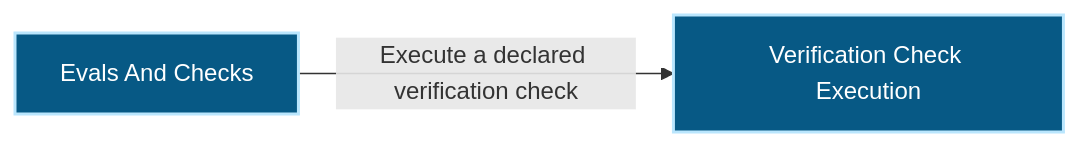
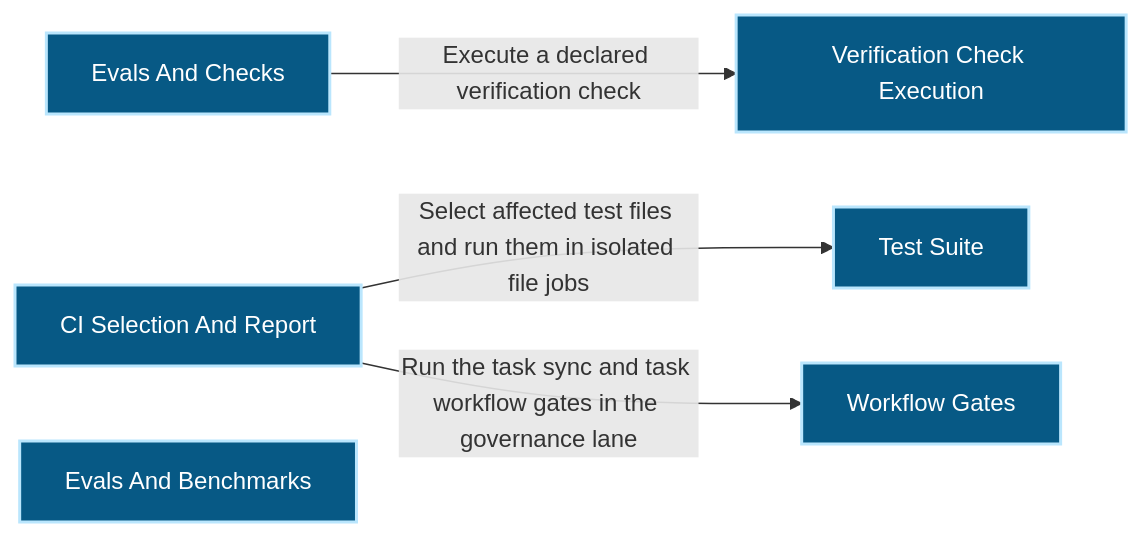
One commit to Ancienttwo/repo-harness changed the first of 2 diagrams in docs/architecture/modules/verification/evals-checks.md. Above: the diagram before and after it, drawn with Mermaid. The commit also changed other lines of this file and 25 other files, not shown here.

First line of the commit message:
arch(verification): split evals-checks and add acceptance-review

````diff
--- a/docs/architecture/modules/verification/evals-checks.md
+++ b/docs/architecture/modules/verification/evals-checks.md
@@ -15,10 +15,16 @@
 ```mermaid
 flowchart LR
   p1_capability_verification_evals_checks_82b2358d["Evals And Checks"]:::component
+  p1_component_evals_checks_ci_selection_1676883f["CI Selection And Report"]:::component
+  p1_component_evals_checks_evals_and_benchmarks_d3fc3d88["Evals And Benchmarks"]:::component
   p1_component_evals_checks_primary_dcf800ce["Verification Check Execution"]:::component
+  p1_component_evals_checks_test_suite_c0118bc1["Test Suite"]:::component
+  p1_component_evals_checks_workflow_gates_ac14cbe4["Workflow Gates"]:::component
+  p1_component_evals_checks_ci_selection_1676883f -->|"Select affected test files and run them in isolated file jobs"| p1_component_evals_checks_test_suite_c0118bc1
+  p1_component_evals_checks_ci_selection_1676883f -->|"Run the task sync and task workflow gates in the governance lane"| p1_component_evals_checks_workflow_gates_ac14cbe4
   p1_capability_verification_evals_checks_82b2358d -->|"Execute a declared verification check"| p1_component_evals_checks_primary_dcf800ce
   classDef actor fill:#111827,color:#ffffff,stroke:#f9fafb,stroke-width:2px
   classDef component fill:#075985,color:#ffffff,stroke:#bae6fd,stroke-width:2px
   classDef datastore fill:#3f6212,color:#ffffff,stroke:#d9f99d,stroke-width:2px
   classDef external fill:#7c2d12,color:#ffffff,stroke:#fed7aa,stroke-width:2px
 ```
````
